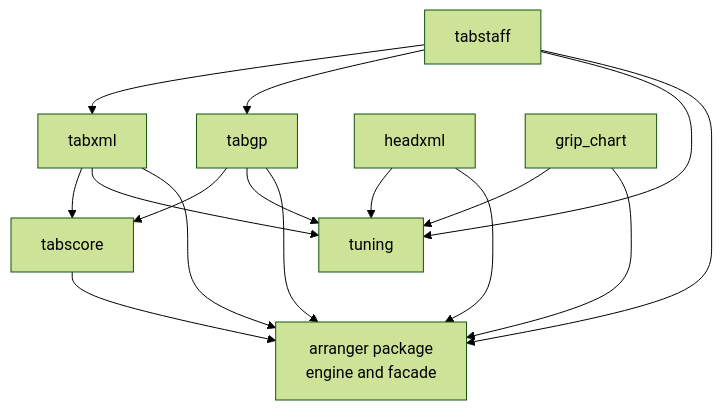
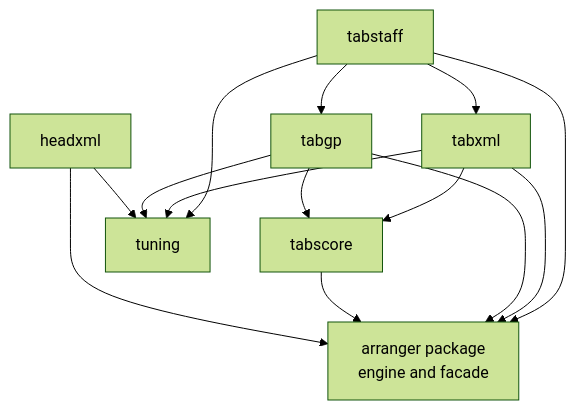
Before and after one commit to jcundill/arranger: the second of 2 diagrams in docs/dependency-dag.md, drawn with Mermaid (forest theme). The commit also changed other lines of this file and 9 other files, not shown here.

First line of the commit message:
Remove references to deleted grip_chart tool from docs and build config

````diff
--- a/docs/dependency-dag.md
+++ b/docs/dependency-dag.md
@@ -193,27 +193,24 @@
 ```mermaid
 flowchart TB
     tabstaff["tabstaff"]
     tabxml["tabxml"]
     tabgp["tabgp"]
     headxml["headxml"]
-    grip_chart["grip_chart"]
     tabscore["tabscore"]
     tuning["tuning"]
     engine["arranger package<br/>engine and facade"]
 
     tabstaff --> tabxml
     tabstaff --> tabgp
     tabxml --> tabscore
     tabgp --> tabscore
     tabstaff --> tuning
     tabxml --> tuning
     tabgp --> tuning
     headxml --> tuning
-    grip_chart --> tuning
     tabstaff --> engine
     tabxml --> engine
     tabgp --> engine
     tabscore --> engine
     headxml --> engine
-    grip_chart --> engine
 ```
````
